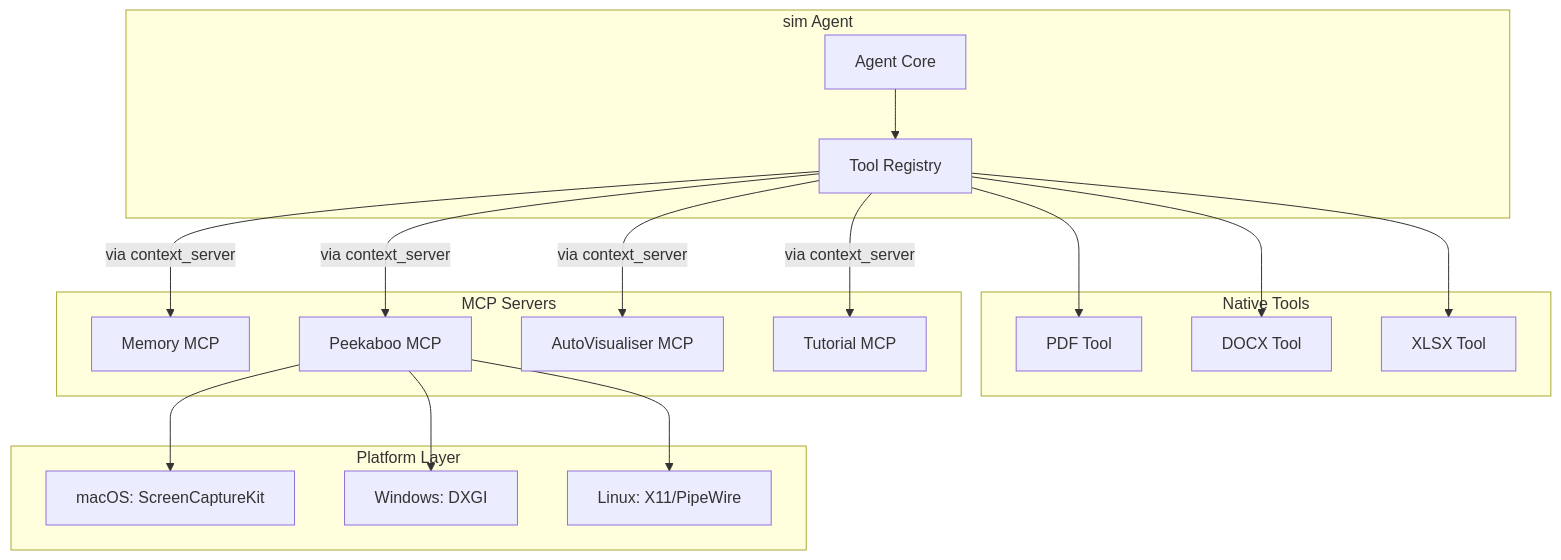
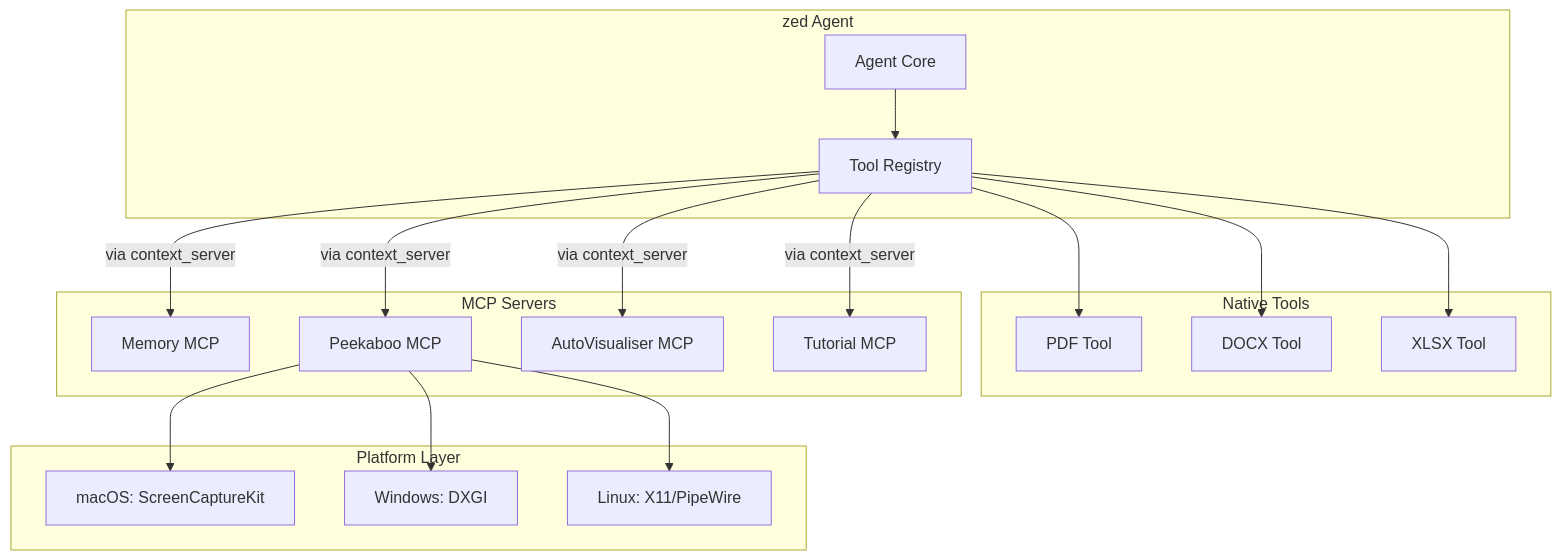
Before and after one commit to imagineerings/xor: the diagram in .agents/specs/goose-migration/mcp-tools/design.md, drawn with Mermaid. The commit also changed other lines of this file and 2547 other files, not shown here.

````diff
--- a/.agents/specs/goose-migration/mcp-tools/design.md
+++ b/.agents/specs/goose-migration/mcp-tools/design.md
@@ -17,38 +17,38 @@
 ```mermaid
 graph TD
-    subgraph "sim Agent"
+    subgraph "zed Agent"
         Agent[Agent Core]
         Tools[Tool Registry]
     end
 
     subgraph "Native Tools"
         PDF[PDF Tool]
         DOCX[DOCX Tool]
         XLSX[XLSX Tool]
     end
 
     subgraph "MCP Servers"
         Mem[Memory MCP]
         Peek[Peekaboo MCP]
         Vis[AutoVisualiser MCP]
         Tutor[Tutorial MCP]
     end
 
     subgraph "Platform Layer"
         macOS[macOS: ScreenCaptureKit]
         Win[Windows: DXGI]
         Linux[Linux: X11/PipeWire]
     end
 
     Agent --> Tools
     Tools --> PDF
     Tools --> DOCX
     Tools --> XLSX
     Tools -->|via context_server| Mem
     Tools -->|via context_server| Peek
     Tools -->|via context_server| Vis
     Tools -->|via context_server| Tutor
     Peek --> macOS
     Peek --> Win
     Peek --> Linux
 ```
````
